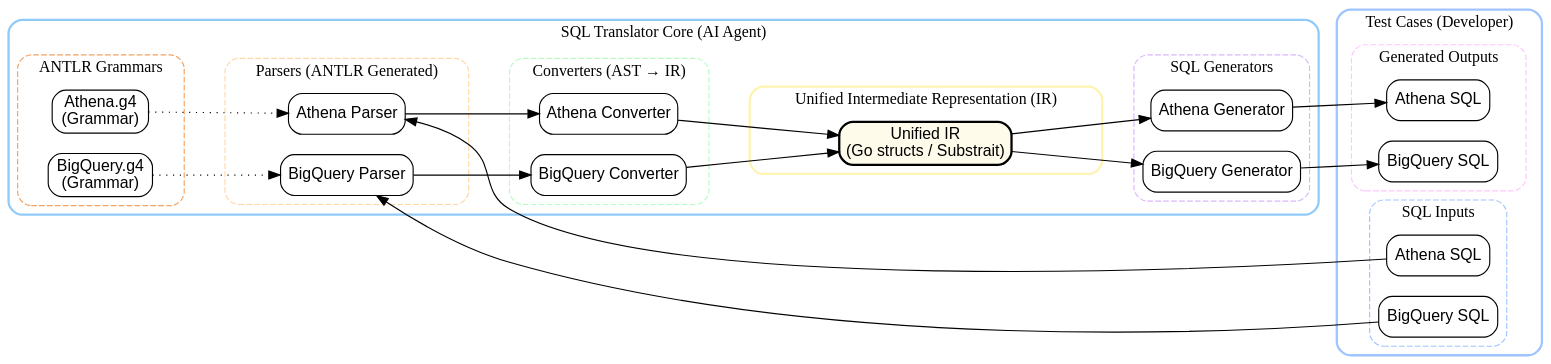
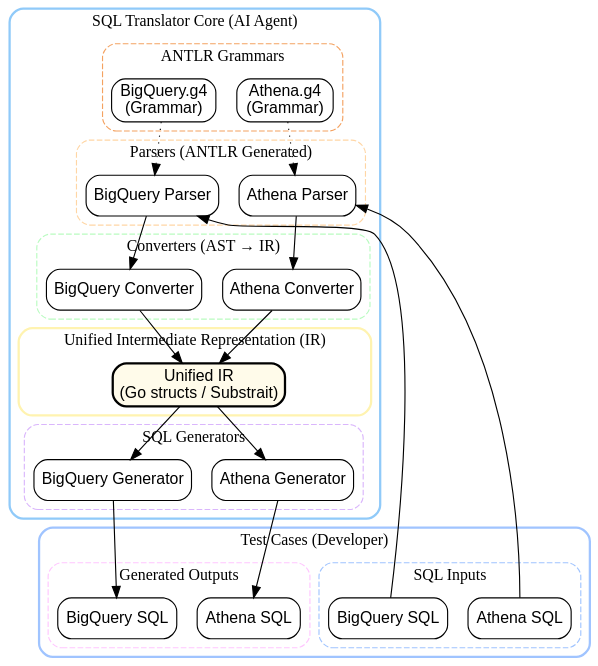
Before and after one commit to sakthipriyan/sakthipriyan.github.io: the first of 2 diagrams in content/building-systems/blogs/2025/building-sql-translator-using-ai.md, drawn with Graphviz. The commit also changed 63 other files, not shown here.

````diff
--- a/content/building-systems/blogs/2025/building-sql-translator-using-ai.md
+++ b/content/building-systems/blogs/2025/building-sql-translator-using-ai.md
@@ -41,6 +41,6 @@
 ```dot
 digraph SQLTranslatorClustered {
-  rankdir=LR;
+  rankdir=TB;
   bgcolor=transparent;
   node [shape=box, style="rounded,filled", fillcolor=white, fontname="Arial"];
 
````
